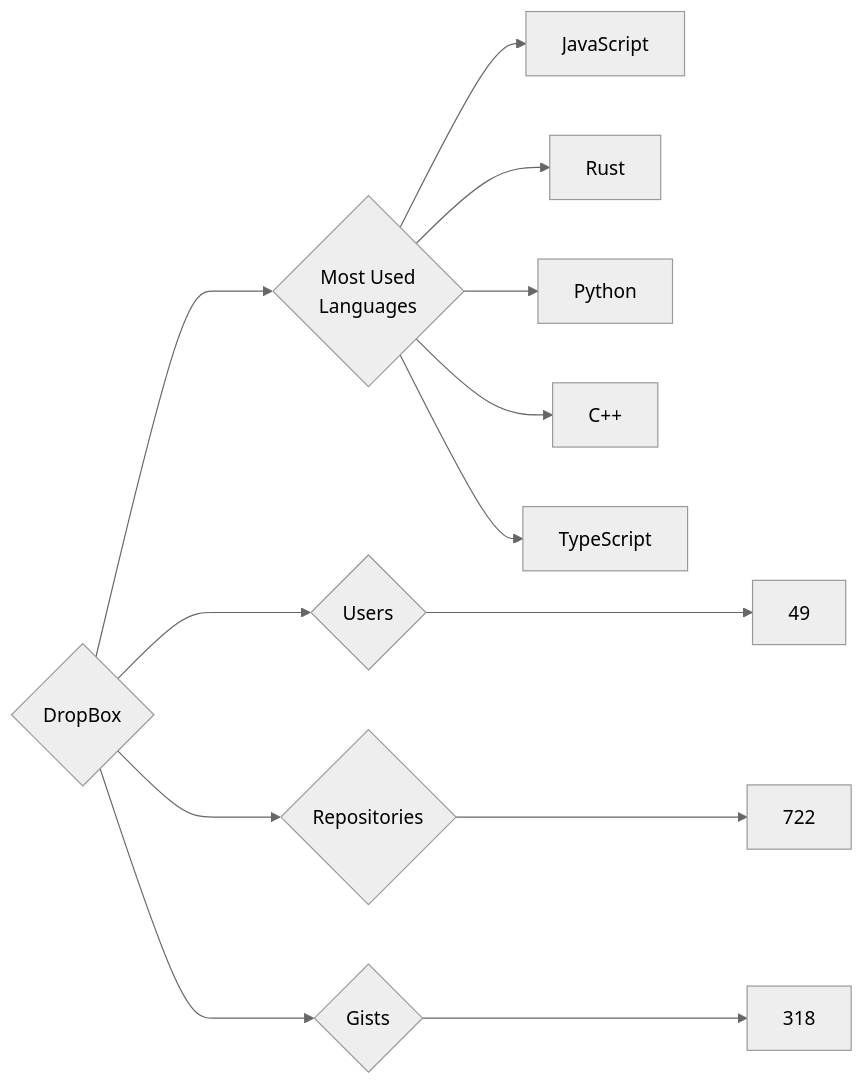
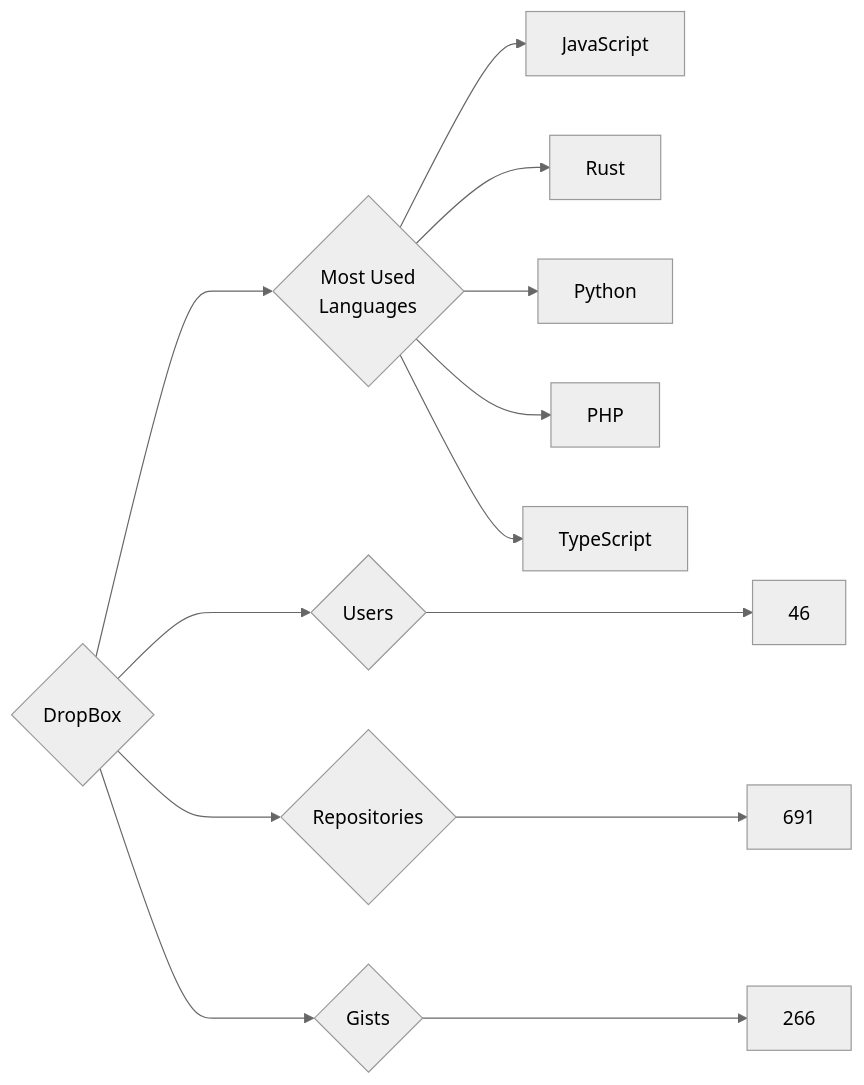
The diagram in targets/DropBox/README.md (trickest/insiders), drawn with Mermaid (neutral theme) before and after one commit. The commit also changed 775 other files, not shown here.

````diff
--- a/targets/DropBox/README.md
+++ b/targets/DropBox/README.md
@@ -3,13 +3,13 @@
 ```mermaid
 graph LR
 COMPANY_NAME{DropBox}
-COMPANY_NAME ---> U{Users} ---> UN[49]
-COMPANY_NAME ---> R{Repositories} ---> RN[722]
-COMPANY_NAME ---> G{Gists} ---> GN[318]
+COMPANY_NAME ---> U{Users} ---> UN[46]
+COMPANY_NAME ---> R{Repositories} ---> RN[691]
+COMPANY_NAME ---> G{Gists} ---> GN[266]
 COMPANY_NAME ---> ML{Most Used<br>Languages}
 ML --> JavaScript[JavaScript]
 ML --> Rust[Rust]
 ML --> Python[Python]
-ML --> C++[C++]
+ML --> PHP[PHP]
 ML --> TypeScript[TypeScript]
 ```
````
